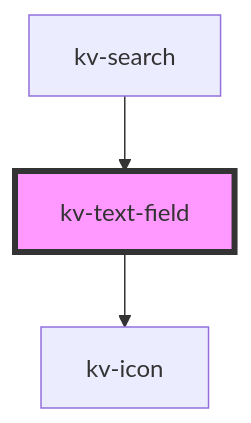
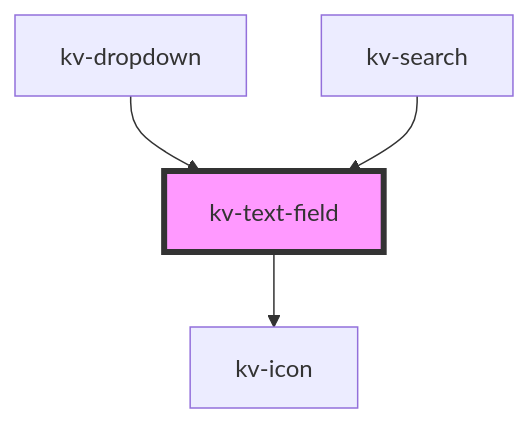
One commit to kelvininc/ui-components changed the diagram in packages/ui-components/src/components/text-field/readme.md. Above: the diagram before and after it, drawn with Mermaid. The commit also changed other lines of this file and 58 other files, not shown here.

````diff
--- a/packages/ui-components/src/components/text-field/readme.md
+++ b/packages/ui-components/src/components/text-field/readme.md
@@ -135,6 +138,7 @@
 ```mermaid
 graph TD;
   kv-text-field --> kv-icon
+  kv-dropdown --> kv-text-field
   kv-search --> kv-text-field
   style kv-text-field fill:#f9f,stroke:#333,stroke-width:4px
 ```
````
